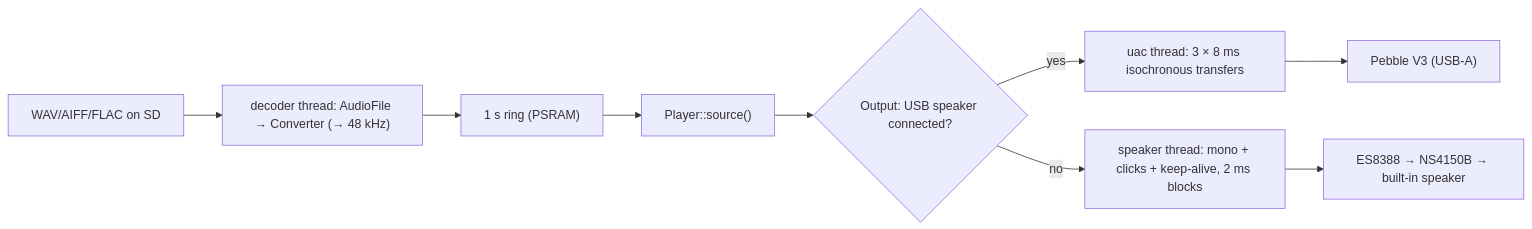
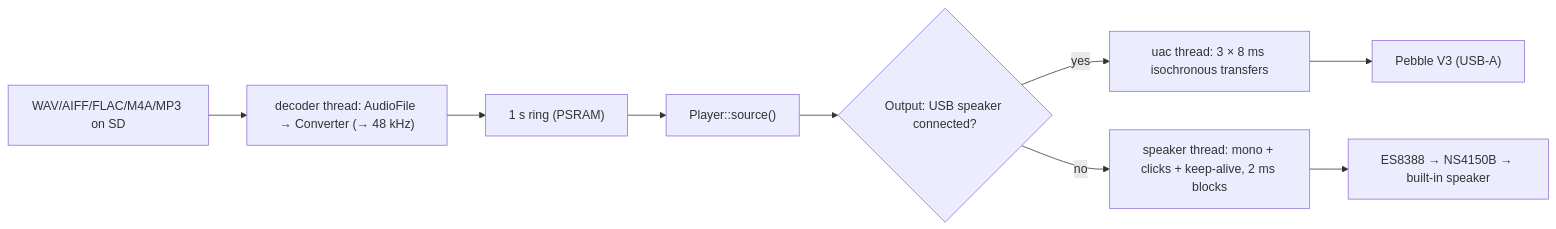
The third of 3 diagrams in docs/architecture.md (wackazong/wakey), drawn with Mermaid before and after one commit. The commit also changed other lines of this file and 78 other files, not shown here.

````diff
--- a/docs/architecture.md
+++ b/docs/architecture.md
@@ -141,11 +140,11 @@
 ```mermaid
 flowchart LR
-    SD["WAV/AIFF/FLAC on SD"] --> DEC["decoder thread: AudioFile → Converter (→ 48 kHz)"]
+    SD["WAV/AIFF/FLAC/M4A/MP3 on SD"] --> DEC["decoder thread: AudioFile → Converter (→ 48 kHz)"]
     DEC --> RING["1 s ring (PSRAM)"]
     RING --> SRC["Player::source()"]
     SRC --> OUT{"Output: USB speaker connected?"}
     OUT -- yes --> UAC["uac thread: 3 × 8 ms isochronous transfers"]
     UAC --> PEB["Pebble V3 (USB-A)"]
     OUT -- no --> MIX["speaker thread: mono + clicks + keep-alive, 2 ms blocks"]
     MIX --> BUILTIN["ES8388 → NS4150B → built-in speaker"]
 ```
````
